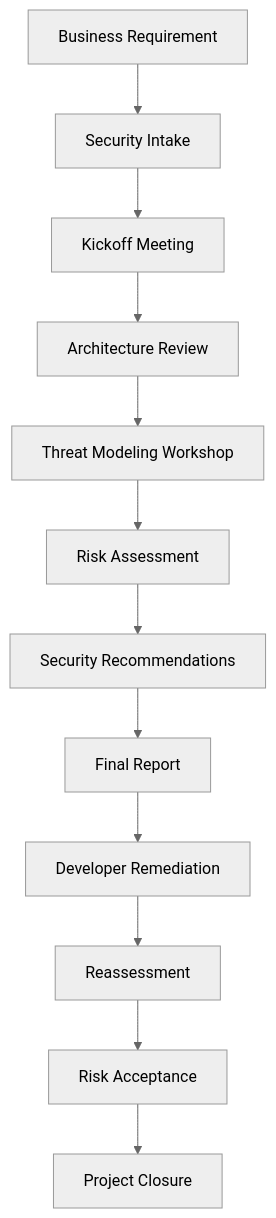
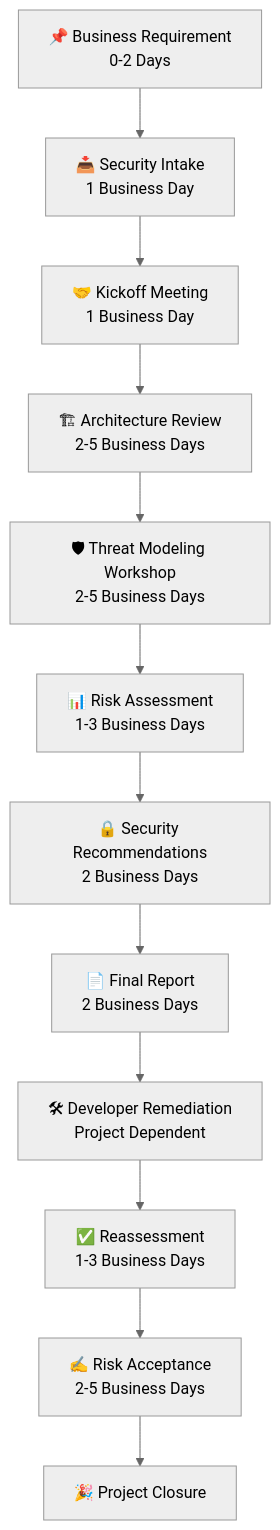
Before and after one commit to rmr369/threatforge-threatmodel: the diagram in README.md, drawn with Mermaid (neutral theme). The commit also changed other lines of this file, not shown here.

````diff
--- a/README.md
+++ b/README.md
@@ -67,27 +65,38 @@
 ```mermaid
 flowchart TD
 
-A[Business Requirement]
+A["📌 Business Requirement
+0-2 Days"]
 
--->B[Security Intake]
+-->B["📥 Security Intake
+1 Business Day"]
 
--->C[Kickoff Meeting]
+-->C["🤝 Kickoff Meeting
+1 Business Day"]
 
--->D[Architecture Review]
+-->D["🏗 Architecture Review
+2-5 Business Days"]
 
--->E[Threat Modeling Workshop]
+-->E["🛡 Threat Modeling Workshop
+2-5 Business Days"]
 
--->F[Risk Assessment]
+-->F["📊 Risk Assessment
+1-3 Business Days"]
 
--->G[Security Recommendations]
+-->G["🔒 Security Recommendations
+2 Business Days"]
 
--->H[Final Report]
+-->H["📄 Final Report
+2 Business Days"]
 
--->I[Developer Remediation]
+-->I["🛠 Developer Remediation
+Project Dependent"]
 
--->J[Reassessment]
+-->J["✅ Reassessment
+1-3 Business Days"]
 
--->K[Risk Acceptance]
+-->K["✍ Risk Acceptance
+2-5 Business Days"]
 
--->L[Project Closure]
+-->L["🎉 Project Closure"]
 ```
````
